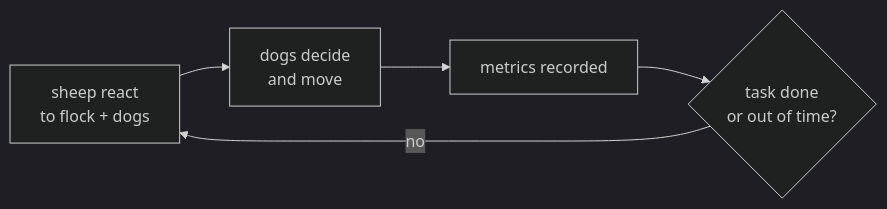
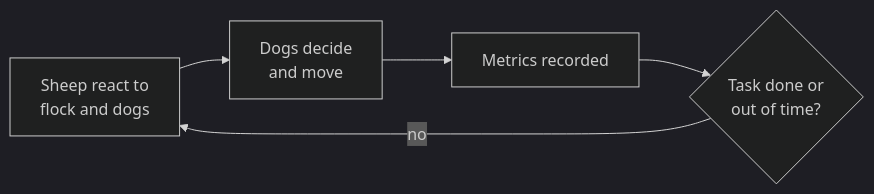
Before and after one commit to lykimq/HerdSim: the second of 3 diagrams in docs/codes/architecture.md, drawn with Mermaid (dark theme). The commit also changed other lines of this file and 10 other files, not shown here.

Commit message:
fix and work on the architecture

````diff
--- a/docs/codes/architecture.md
+++ b/docs/codes/architecture.md
@@ -199,7 +106,7 @@
 ```mermaid
 flowchart LR
-    S["sheep react<br/>to flock + dogs"] --> D["dogs decide<br/>and move"]
-    D --> M["metrics recorded"]
-    M --> T{"task done<br/>or out of time?"}
-    T -- no --> S
+    sheep["Sheep react to<br/>flock and dogs"] --> dogs["Dogs decide<br/>and move"]
+    dogs --> metrics["Metrics recorded"]
+    metrics --> done{"Task done or<br/>out of time?"}
+    done -- "no" --> sheep
 ```
````
